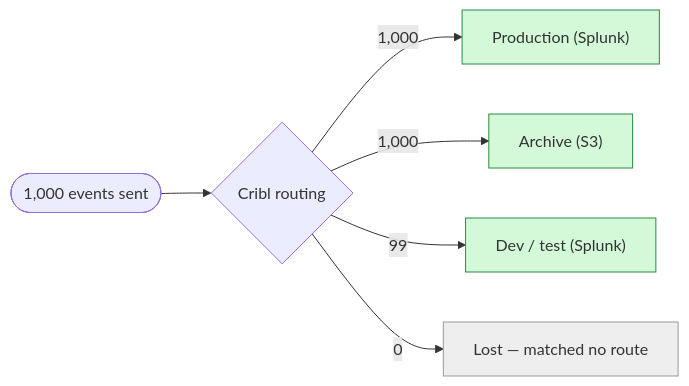
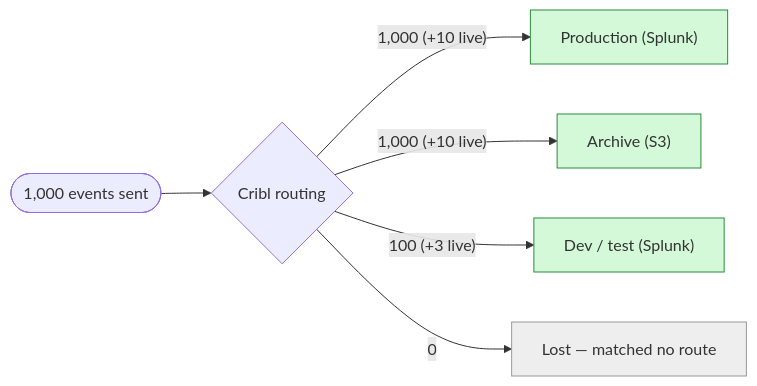
The fifth of 9 diagrams in REPORT.md (JacobPEvans-personal/cc-stream-zscaler-incident-test), drawn with Mermaid before and after one commit. The commit also changed other lines of this file and 11 other files, not shown here.

````diff
--- a/REPORT.md
+++ b/REPORT.md
@@ -221,12 +225,12 @@
 ```mermaid
 flowchart LR
   IN(["1,000 events sent"]) --> C{"Cribl routing"}
-  C -->|"1,000"| prod["Production (Splunk)"]
+  C -->|"1,000 (+10 live)"| prod["Production (Splunk)"]
   style prod fill:#d3f9d8,stroke:#2b8a3e
-  C -->|"1,000"| s3["Archive (S3)"]
+  C -->|"1,000 (+10 live)"| s3["Archive (S3)"]
   style s3 fill:#d3f9d8,stroke:#2b8a3e
-  C -->|"99"| dev["Dev / test (Splunk)"]
+  C -->|"100 (+3 live)"| dev["Dev / test (Splunk)"]
   style dev fill:#d3f9d8,stroke:#2b8a3e
   C -->|"0"| default["Lost — matched no route"]
   style default fill:#eee,stroke:#999
 ```
````
